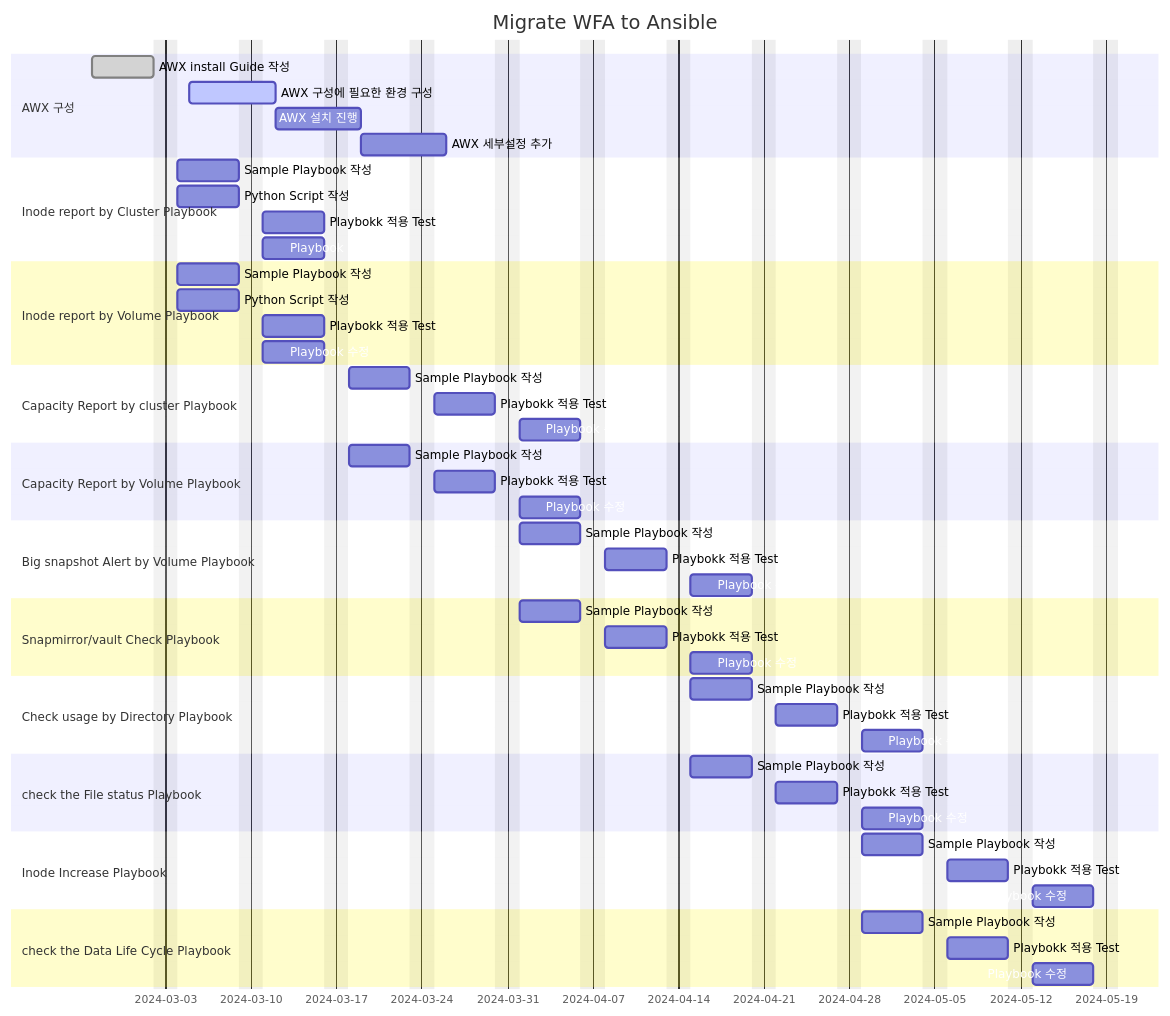
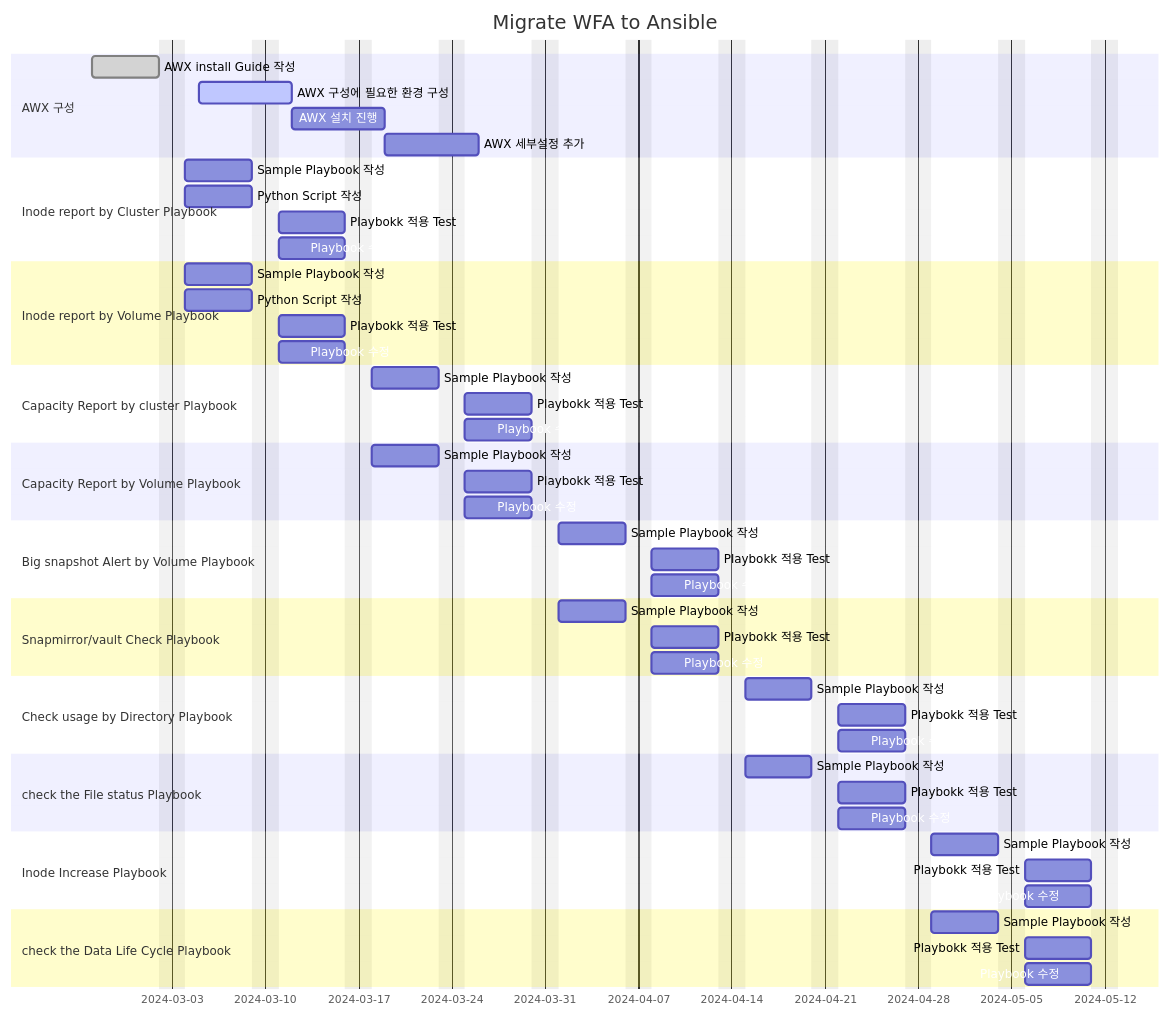
The diagram in SKHynics/Readme.md (netappkr/AnsiblePlaybook), drawn with Mermaid before and after one commit.

````diff
--- a/SKHynics/Readme.md
+++ b/SKHynics/Readme.md
@@ -49,64 +49,64 @@
 ```mermaid
 gantt
     title Migrate WFA to Ansible
     dateFormat  YYYY-MM-DD
     excludes    weekends
 
     section AWX 구성
     AWX install Guide 작성  : done, awx1, 2024-02-26, 5d
     AWX 구성에 필요한 환경 구성  : active, awx2, 2024-03-05, 5d
     AWX 설치 진행 : awx3, after awx2 , 5d
     AWX 세부설정 추가 : awx4, after awx3, 5d
 
     section Inode report by Cluster Playbook
     Sample Playbook 작성 : p1-1, 2024-03-04, 5d
     Python Script 작성 : p1-2, 2024-03-04, 5d
     Playbokk 적용 Test: p1-3, after p1-2,  5d
     Playbook 수정 : p1-4, after p1-2 , 5d
 
     section Inode report by Volume Playbook
     Sample Playbook 작성 : p2-1, 2024-03-04, 5d
     Python Script 작성 : p2-2, 2024-03-04, 5d
     Playbokk 적용 Test: p2-3, after p2-2,  5d
     Playbook 수정 : p2-4, after p2-2 , 5d
 
     section Capacity Report by cluster Playbook
     Sample Playbook 작성 : p3-1, 2024-03-18, 5d
     Playbokk 적용 Test: p3-2, after p3-1,  5d
-    Playbook 수정 : p3-3, after p3-2 , 5d
+    Playbook 수정 : p3-3, after p3-1 , 5d
 
     section Capacity Report by Volume Playbook
     Sample Playbook 작성 : p4-1, 2024-03-18, 5d
     Playbokk 적용 Test: p4-2, after p4-1,  5d
-    Playbook 수정 : p4-3, after p4-2 , 5d
+    Playbook 수정 : p4-3, after p4-1 , 5d
 
     section Big snapshot Alert by Volume Playbook
     Sample Playbook 작성 : p5-1, 2024-04-01, 5d
     Playbokk 적용 Test: p5-2, after p5-1,  5d
-    Playbook 수정 : p5-3, after p5-2 , 5d
+    Playbook 수정 : p5-3, after p5-1 , 5d
 
     section Snapmirror/vault Check Playbook
     Sample Playbook 작성 : p6-1, 2024-04-01, 5d
     Playbokk 적용 Test: p6-2, after p6-1,  5d
-    Playbook 수정 : p6-3, after p6-2 , 5d
+    Playbook 수정 : p6-3, after p6-1 , 5d
 
     section Check usage by Directory Playbook
     Sample Playbook 작성 : p7-1, 2024-04-15, 5d
     Playbokk 적용 Test: p7-2, after p7-1,  5d
-    Playbook 수정 : p7-3, after p7-2 , 5d
+    Playbook 수정 : p7-3, after p7-1 , 5d
 
     section check the File status Playbook
     Sample Playbook 작성 : p8-1, 2024-04-15, 5d
     Playbokk 적용 Test: p8-2, after p8-1,  5d
-    Playbook 수정 : p8-3, after p8-2 , 5d
+    Playbook 수정 : p8-3, after p8-1 , 5d
 
     section Inode Increase Playbook
     Sample Playbook 작성 : p9-1, 2024-04-29, 5d
     Playbokk 적용 Test: p9-2, after p9-1,  5d
-    Playbook 수정 : p9-3, after p9-2 , 5d
+    Playbook 수정 : p9-3, after p9-1 , 5d
 
     section check the Data Life Cycle Playbook
     Sample Playbook 작성 : p10-1, 2024-04-29, 5d
     Playbokk 적용 Test: p10-2, after p10-1,  5d
-    Playbook 수정 : p10-3, after p10-2 , 5d
+    Playbook 수정 : p10-3, after p10-1 , 5d
 ```
````
